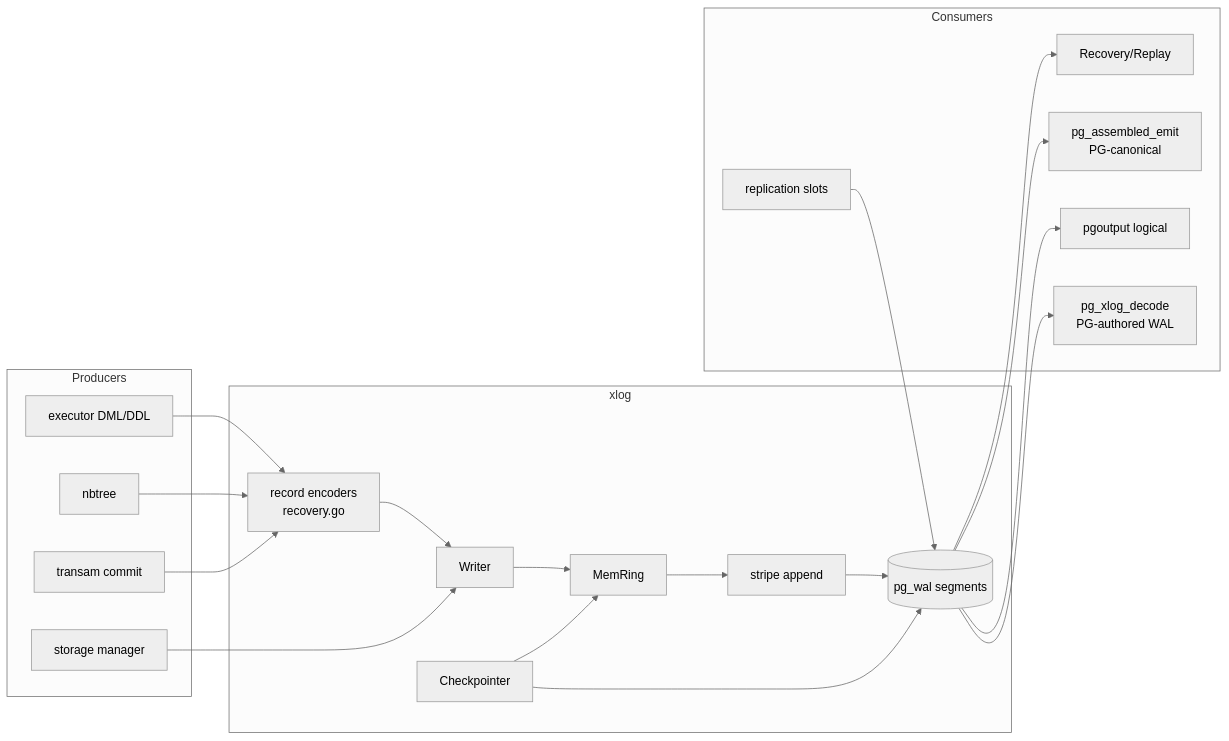
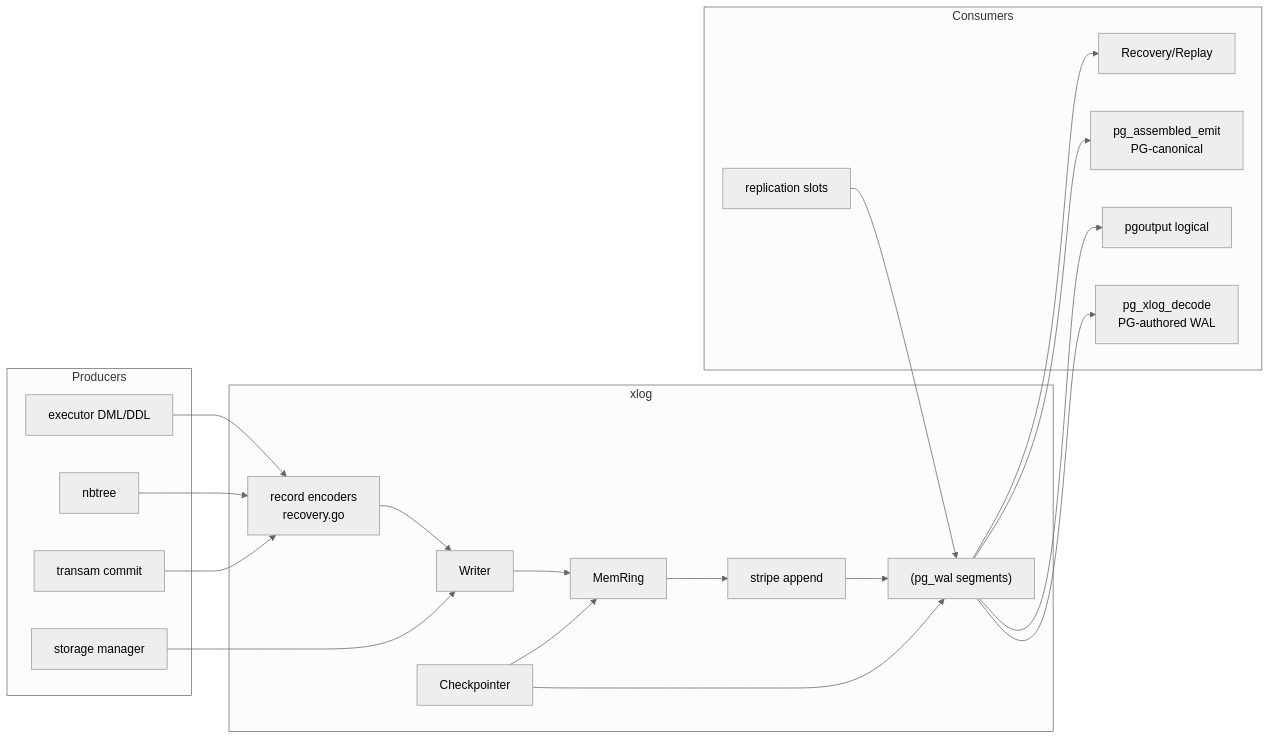
Before and after one commit to ryogrid/goopg: the first of 7 diagrams in docs/wiki/modules/xlog.md, drawn with Mermaid (neutral theme). The commit also changed other lines of this file and 26 other files, not shown here.

Commit message:
docs(wiki): fix all 26 mermaid parse errors — 139/139 blocks pass real-browser validation — M-NIGHTLY

````diff
--- a/docs/wiki/modules/xlog.md
+++ b/docs/wiki/modules/xlog.md
@@ -16,35 +16,35 @@
 ```mermaid
 flowchart LR
     subgraph Producers
         EXEC[executor DML/DDL]
         STORE[storage manager]
         BTREE[nbtree]
         TXN[transam commit]
     end
     subgraph xlog
-        ENC[record encoders<br/>recovery.go]
+        ENC["record encoders<br/>recovery.go"]
         W[Writer]
         RING[MemRing]
         STRIPE[stripe append]
-        SEG[(pg_wal segments)]
+        SEG["(pg_wal segments)"]
         CKO[Checkpointer]
     end
     subgraph Consumers
         REC[Recovery/Replay]
-        PG[pg_assembled_emit<br/>PG-canonical]
+        PG["pg_assembled_emit<br/>PG-canonical"]
         PGO[pgoutput logical]
-        PGD[pg_xlog_decode<br/>PG-authored WAL]
+        PGD["pg_xlog_decode<br/>PG-authored WAL"]
         SLOTS[replication slots]
     end
     EXEC --> ENC --> W --> RING --> STRIPE --> SEG
     STORE --> W
     BTREE --> ENC
     TXN --> ENC
     SEG --> REC
     SEG --> PG
     SEG --> PGO
     SEG --> PGD
     SLOTS --> SEG
     CKO --> SEG
     CKO --> RING
 ```
````
